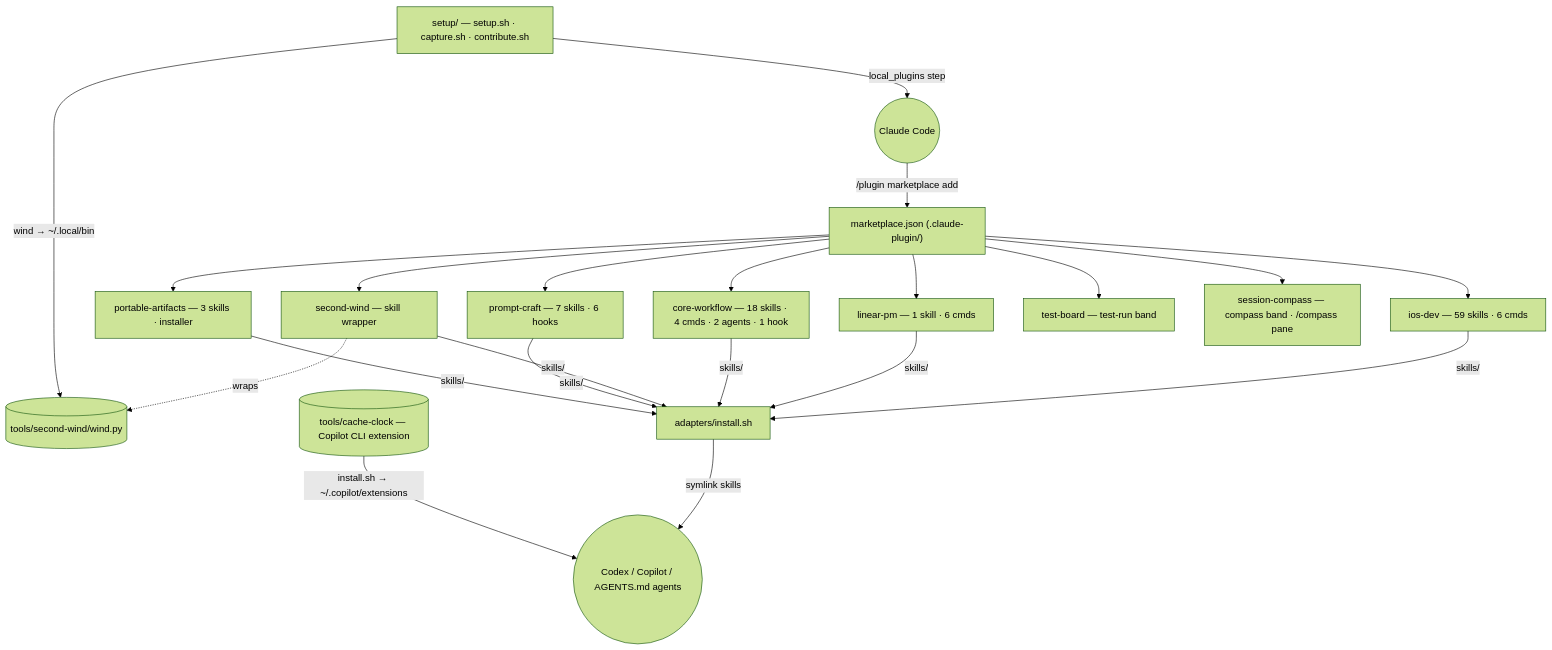
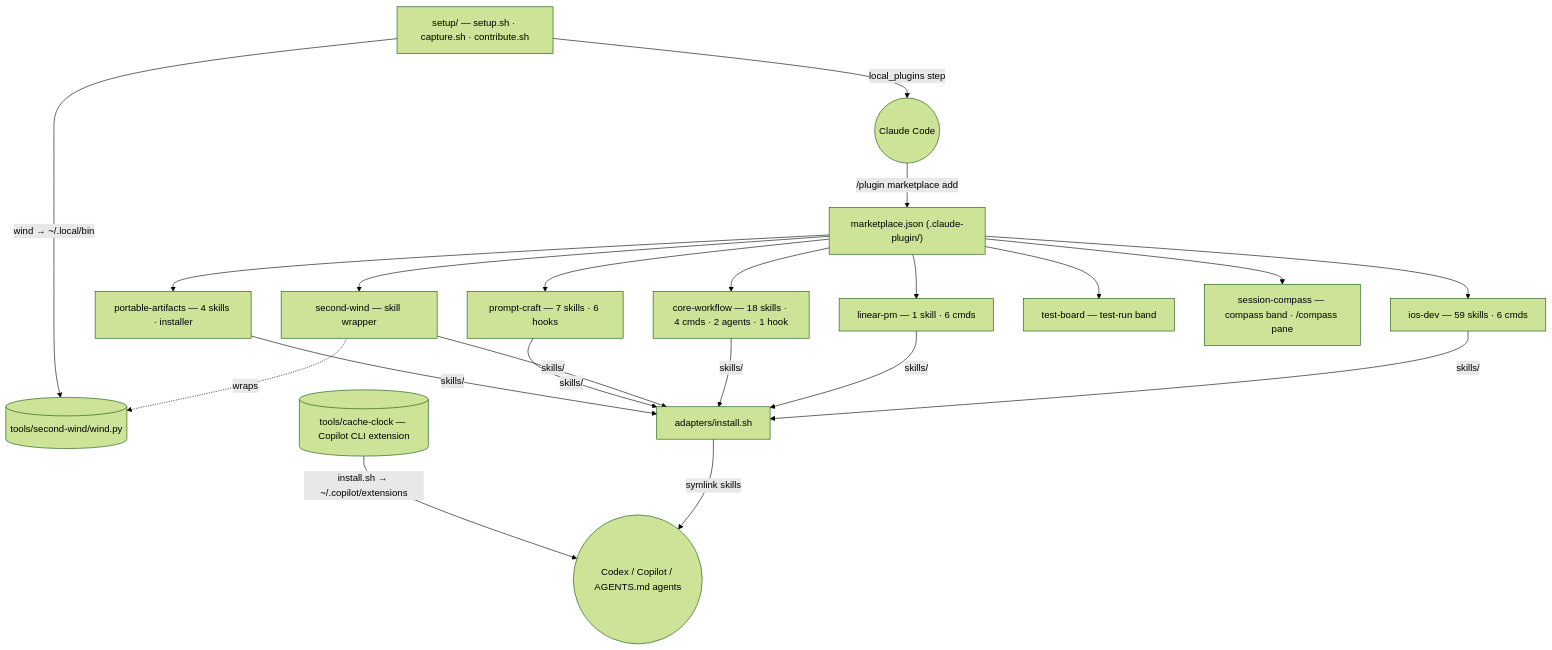
Before and after one commit to abhijitbansal/claude-skills: the diagram in docs/architecture.md, drawn with Mermaid (forest theme). The commit also changed 54 other files, not shown here.

````diff
--- a/docs/architecture.md
+++ b/docs/architecture.md
@@ -15,27 +15,27 @@
 ```mermaid
 flowchart TD
   MP["marketplace.json (.claude-plugin/)"]
   IOS["ios-dev — 59 skills · 6 cmds"]
   LIN["linear-pm — 1 skill · 6 cmds"]
   CW["core-workflow — 18 skills · 4 cmds · 2 agents · 1 hook"]
   SW["second-wind — skill wrapper"]
   PC["prompt-craft — 7 skills · 6 hooks"]
-  PA["portable-artifacts — 3 skills · installer"]
+  PA["portable-artifacts — 4 skills · installer"]
   TB["test-board — test-run band"]
   SC["session-compass — compass band · /compass pane"]
   WIND[("tools/second-wind/wind.py")]
   CCLK[("tools/cache-clock — Copilot CLI extension")]
   AD["adapters/install.sh"]
   SEED["setup/ — setup.sh · capture.sh · contribute.sh"]
   CC(("Claude Code"))
   OTHER(("Codex / Copilot / AGENTS.md agents"))
 
   MP --> IOS & LIN & CW & SW & PC & PA & TB & SC
   SW -.->|wraps| WIND
   CC -->|"/plugin marketplace add"| MP
   SEED -->|local_plugins step| CC
   SEED -->|"wind → ~/.local/bin"| WIND
   AD -->|symlink skills| OTHER
   CCLK -->|"install.sh → ~/.copilot/extensions"| OTHER
   IOS & LIN & CW & SW & PC & PA -->|skills/| AD
 ```
````
